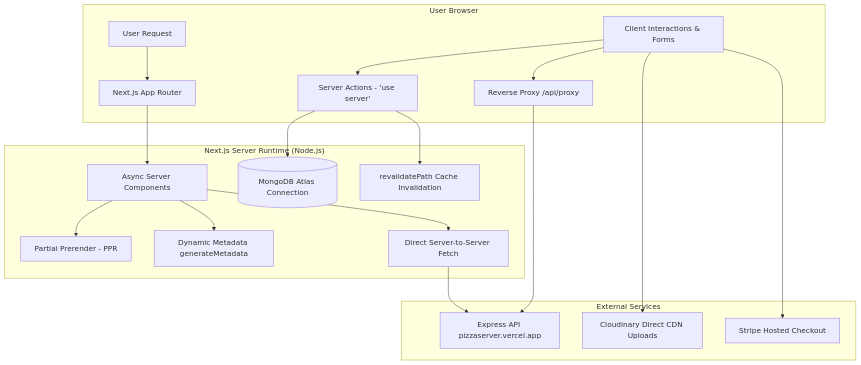
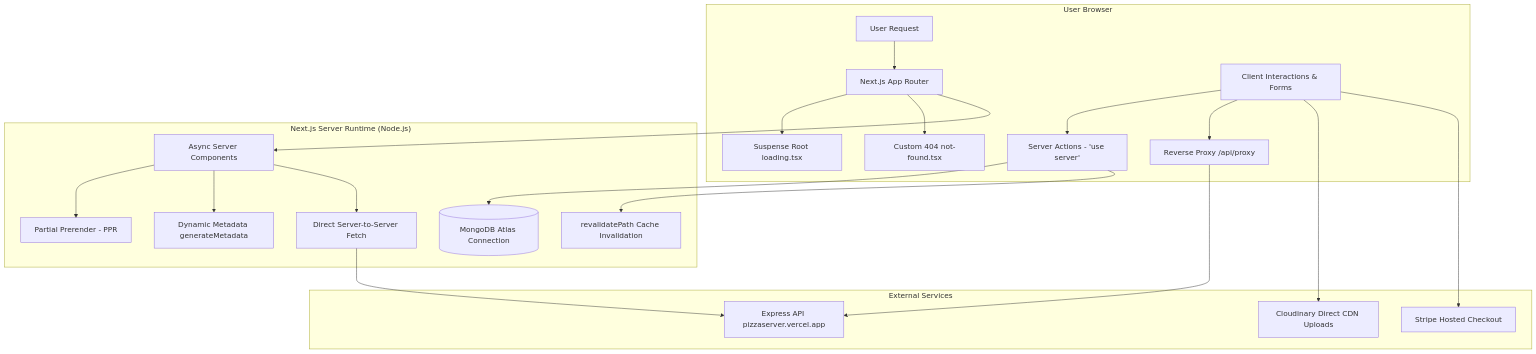
Before and after one commit to babulpro/pizzaHub: the diagram in README.md, drawn with Mermaid. The commit also changed other lines of this file and 6 other files, not shown here.

````diff
--- a/README.md
+++ b/README.md
@@ -41,24 +41,26 @@
 ```mermaid
 flowchart TD
     subgraph Browser ["User Browser"]
         A[User Request] --> B[Next.js App Router]
         I[Client Interactions & Forms] --> J[Server Actions - 'use server']
         I --> K[Reverse Proxy /api/proxy]
+        B --> L[Suspense Root loading.tsx]
+        B --> NF[Custom 404 not-found.tsx]
     end
 
     subgraph ServerComponents ["Next.js Server Runtime (Node.js)"]
         B --> C[Async Server Components]
         C --> D[Partial Prerender - PPR]
         C --> E[Dynamic Metadata generateMetadata]
         C --> F[Direct Server-to-Server Fetch]
-        J --> L[(MongoDB Atlas Connection)]
-        J --> M[revalidatePath Cache Invalidation]
+        J --> M[(MongoDB Atlas Connection)]
+        J --> N[revalidatePath Cache Invalidation]
     end
 
     subgraph External ["External Services"]
-        F --> N[Express API pizzaserver.vercel.app]
-        K --> N
-        I --> O[Cloudinary Direct CDN Uploads]
-        I --> P[Stripe Hosted Checkout]
+        F --> P[Express API pizzaserver.vercel.app]
+        K --> P
+        I --> Q[Cloudinary Direct CDN Uploads]
+        I --> R[Stripe Hosted Checkout]
     end
 ```
````
